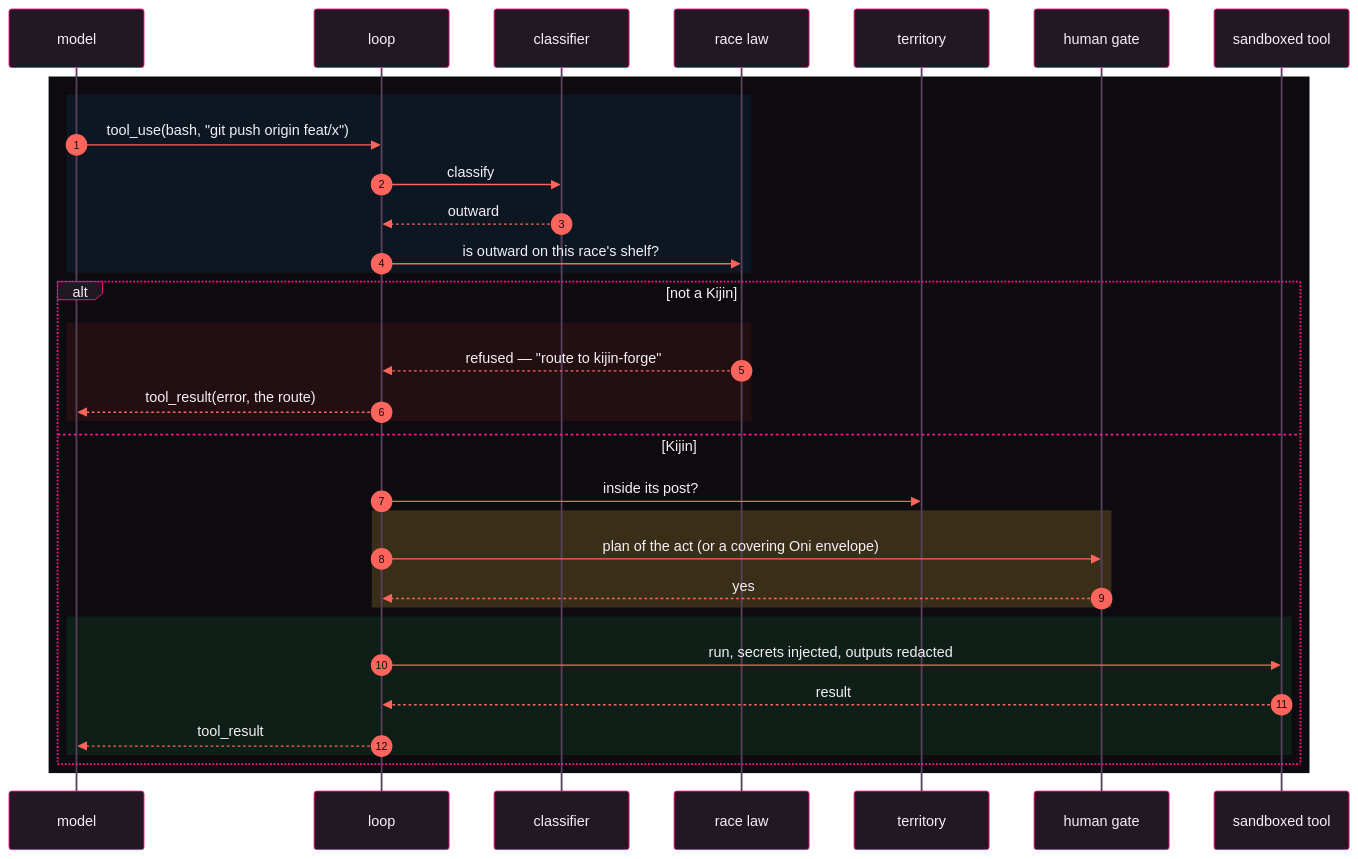
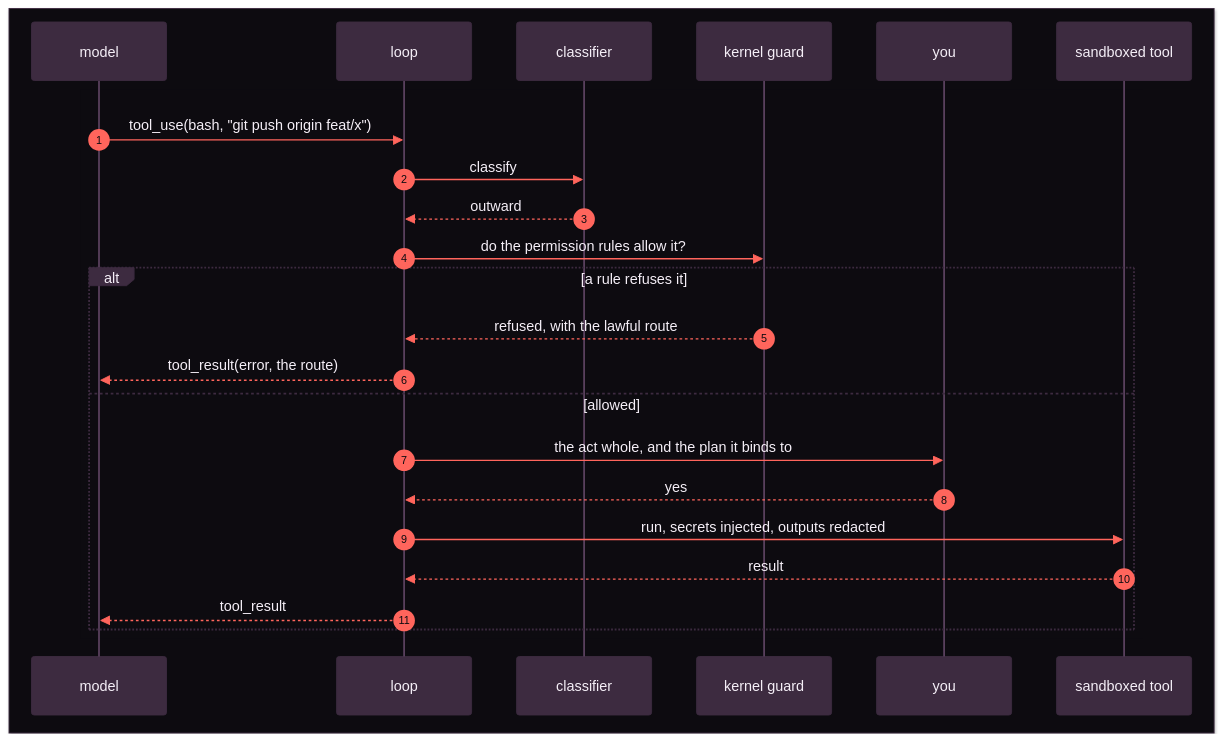
Before and after one commit to Kaginari/mikata: the second of 2 diagrams in docs/02-loop.md, drawn with Mermaid. The commit also changed other lines of this file and 55 other files, not shown here.

````diff
--- a/docs/02-loop.md
+++ b/docs/02-loop.md
@@ -142,44 +134,44 @@
     background: "#0d0b10"
     fontFamily: "Inter, Segoe UI, system-ui, -apple-system, Helvetica, Arial, sans-serif"
     fontSize: "15px"
-    primaryColor: "#211824"
+    primaryColor: "#3d2b40"
     primaryTextColor: "#f5eff7"
-    primaryBorderColor: "#ff168a"
-    secondaryColor: "#2c2030"
+    primaryBorderColor: "#3d2b40"
+    secondaryColor: "#59405d"
     secondaryTextColor: "#f5eff7"
-    secondaryBorderColor: "#ff655c"
+    secondaryBorderColor: "#59405d"
     tertiaryColor: "#16111b"
     tertiaryTextColor: "#f5eff7"
-    tertiaryBorderColor: "#59405d"
+    tertiaryBorderColor: "#3d2b40"
     lineColor: "#ff168a"
     textColor: "#f5eff7"
     titleColor: "#f5eff7"
-    edgeLabelBackground: "#16111b"
+    edgeLabelBackground: "#0d0b10"
     clusterBkg: "#16111b"
-    clusterBorder: "#59405d"
-    noteBkgColor: "#332711"
-    noteTextColor: "#ffe1a8"
+    clusterBorder: "#3d2b40"
+    noteBkgColor: "#ffb020"
+    noteTextColor: "#1a1205"
     noteBorderColor: "#ffb020"
-    actorBkg: "#211824"
-    actorBorder: "#ff168a"
+    actorBkg: "#3d2b40"
+    actorBorder: "#3d2b40"
     actorTextColor: "#f5eff7"
     actorLineColor: "#59405d"
     signalColor: "#ff655c"
     signalTextColor: "#f5eff7"
-    labelBoxBkgColor: "#211824"
-    labelBoxBorderColor: "#ff168a"
+    labelBoxBkgColor: "#3d2b40"
+    labelBoxBorderColor: "#3d2b40"
     labelTextColor: "#f5eff7"
     loopTextColor: "#f5eff7"
-    activationBkgColor: "#3a0f26"
+    activationBkgColor: "#ff168a"
     activationBorderColor: "#ff168a"
     sequenceNumberColor: "#0d0b10"
     transitionColor: "#ff168a"
     transitionLabelColor: "#f5eff7"
     stateLabelColor: "#f5eff7"
-    stateBkg: "#211824"
-    labelBackgroundColor: "#16111b"
+    stateBkg: "#3d2b40"
+    labelBackgroundColor: "#0d0b10"
     compositeBackground: "#16111b"
-    compositeTitleBackground: "#211824"
+    compositeTitleBackground: "#3d2b40"
     altBackground: "#16111b"
     specialStateColor: "#b6f542"
     innerEndBackground: "#b6f542"
@@ -188,36 +180,28 @@
 ---
 sequenceDiagram
     autonumber
-    participant M as model
-    participant L as loop
-    participant C as classifier
-    participant R as race law
-    participant T as territory
-    participant H as human gate
-    participant X as sandboxed tool
+    box rgb(13, 11, 16)
+      participant M as model
+      participant L as loop
+      participant C as classifier
+      participant G as kernel guard
+      participant H as you
+      participant X as sandboxed tool
+    end
     rect rgb(13, 11, 16)
-      rect rgba(2,132,199,0.10)
       M->>L: tool_use(bash, "git push origin feat/x")
       L->>C: classify
       C-->>L: outward
-      L->>R: is outward on this race's shelf?
-      end
-      alt not a Kijin
-        rect rgba(220,38,38,0.10)
-        R-->>L: refused — "route to kijin-forge"
+      L->>G: do the permission rules allow it?
+      alt a rule refuses it
+        G-->>L: refused, with the lawful route
         L-->>M: tool_result(error, the route)
-        end
-      else Kijin
-        L->>T: inside its post?
-        rect rgba(212,175,55,0.22)
-        L->>H: plan of the act (or a covering Oni envelope)
+      else allowed
+        L->>H: the act whole, and the plan it binds to
         H-->>L: yes
-        end
-        rect rgba(22,163,74,0.13)
         L->>X: run, secrets injected, outputs redacted
         X-->>L: result
         L-->>M: tool_result
-        end
       end
     end
 ```
````
